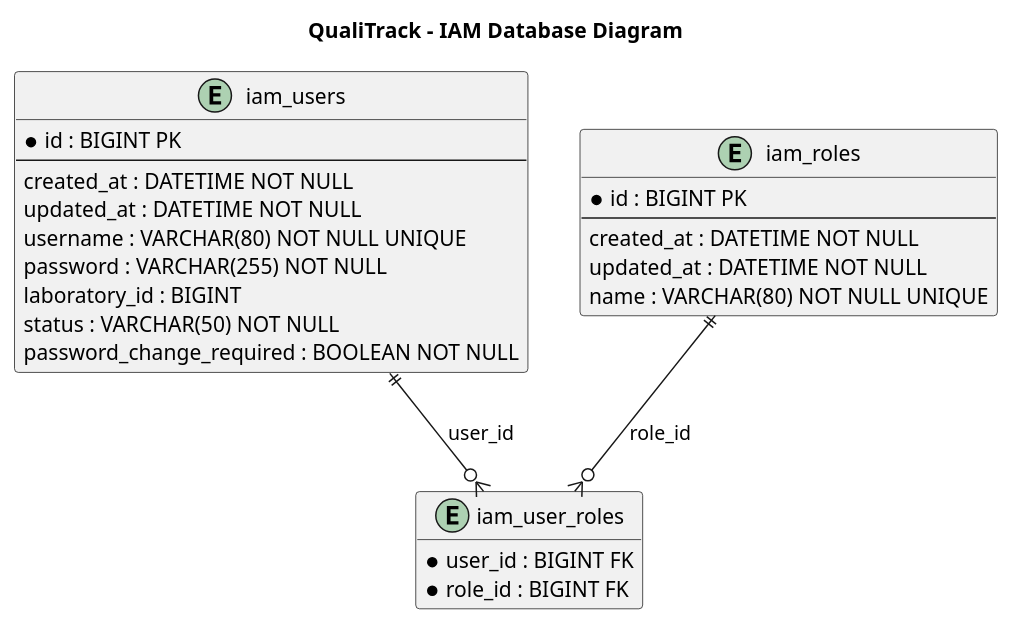
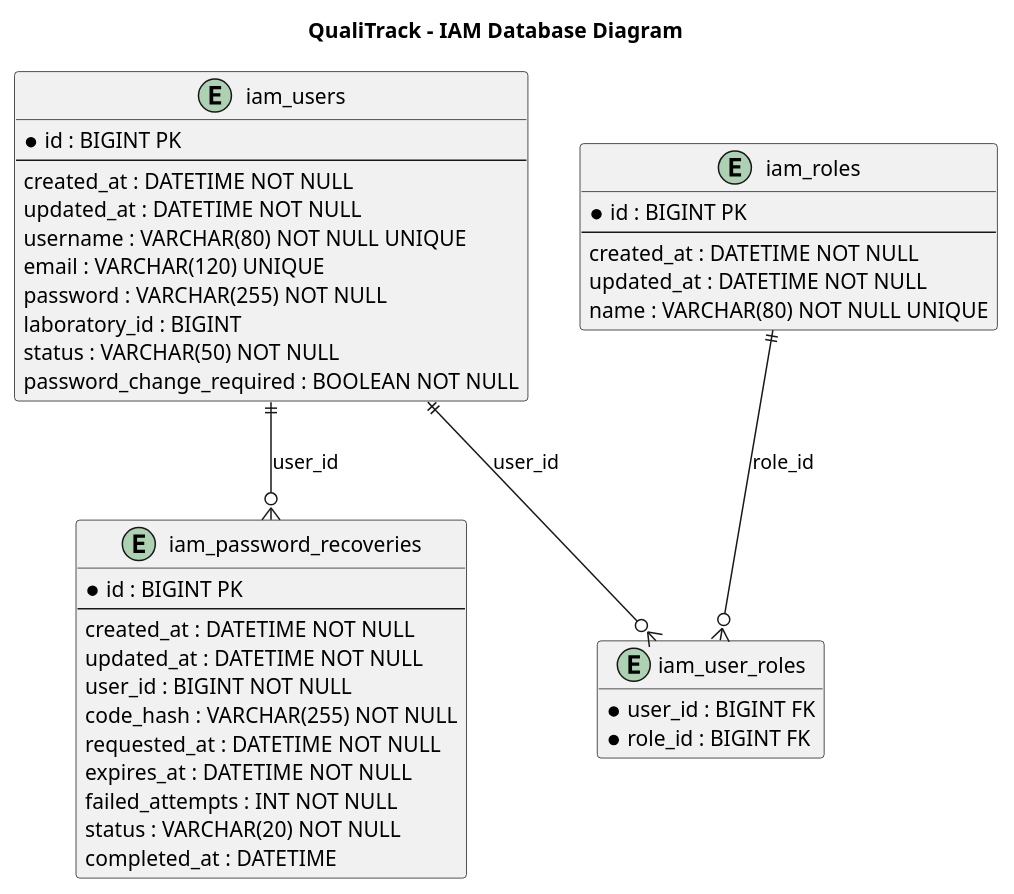
One commit to IoTech-2620-8741/qualitrack-platform changed the diagram in docs/diagrams/iam/iam-database-diagram.puml. Above: the diagram before and after it, drawn with PlantUML. The commit also changed 6 other files, not shown here.

First line of the commit message:
docs(diagrams): password recovery, e-mail provider and renewal cancellation

```diff
--- a/docs/diagrams/iam/iam-database-diagram.puml
+++ b/docs/diagrams/iam/iam-database-diagram.puml
@@ -1,36 +1,52 @@
 @startuml iam-database-diagram
 
 title QualiTrack - IAM Database Diagram
 
 hide methods
 hide stereotypes
 
 entity "iam_users" {
   * id : BIGINT PK
   --
   created_at : DATETIME NOT NULL
   updated_at : DATETIME NOT NULL
   username : VARCHAR(80) NOT NULL UNIQUE
+  email : VARCHAR(120) UNIQUE
   password : VARCHAR(255) NOT NULL
   laboratory_id : BIGINT
   status : VARCHAR(50) NOT NULL
   password_change_required : BOOLEAN NOT NULL
 }
 
 entity "iam_roles" {
   * id : BIGINT PK
   --
   created_at : DATETIME NOT NULL
   updated_at : DATETIME NOT NULL
   name : VARCHAR(80) NOT NULL UNIQUE
 }
 
 entity "iam_user_roles" {
   * user_id : BIGINT FK
   * role_id : BIGINT FK
 }
 
+entity "iam_password_recoveries" {
+  * id : BIGINT PK
+  --
+  created_at : DATETIME NOT NULL
+  updated_at : DATETIME NOT NULL
+  user_id : BIGINT NOT NULL
+  code_hash : VARCHAR(255) NOT NULL
+  requested_at : DATETIME NOT NULL
+  expires_at : DATETIME NOT NULL
+  failed_attempts : INT NOT NULL
+  status : VARCHAR(20) NOT NULL
+  completed_at : DATETIME
+}
+
 iam_users ||--o{ iam_user_roles : user_id
+iam_users ||--o{ iam_password_recoveries : user_id
 iam_roles ||--o{ iam_user_roles : role_id
 
 @enduml
```
